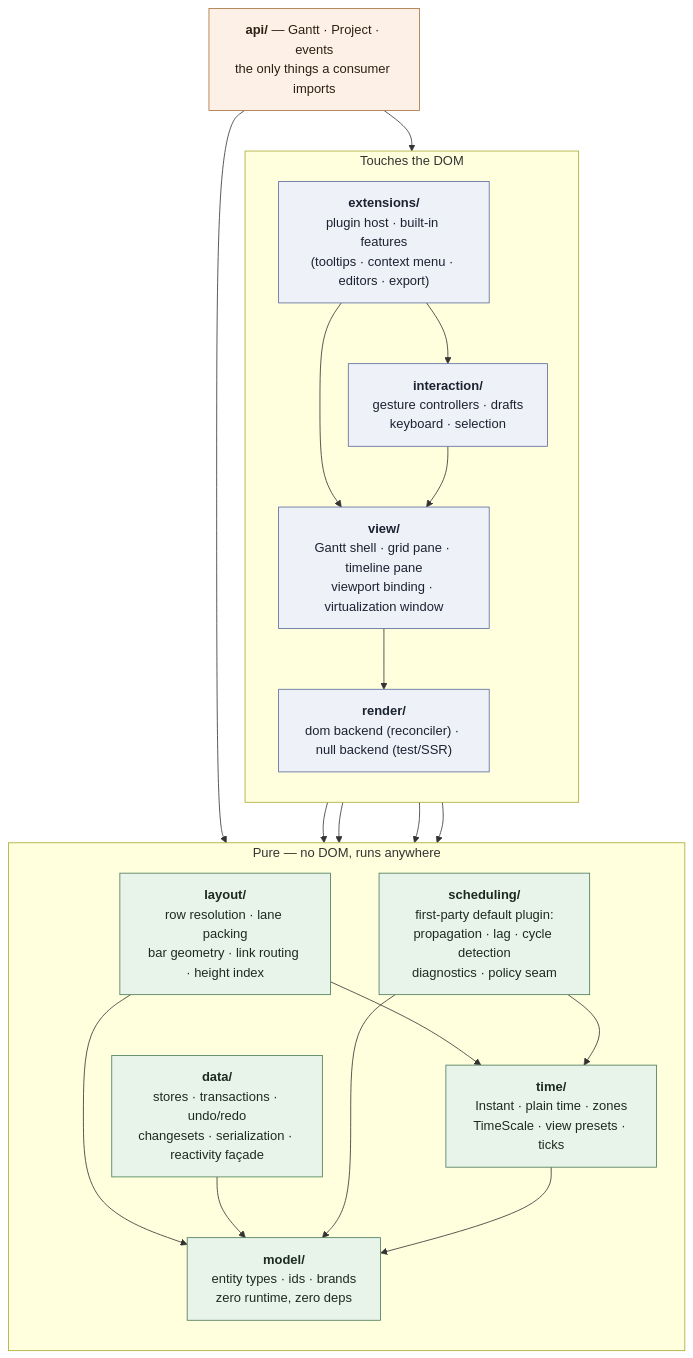
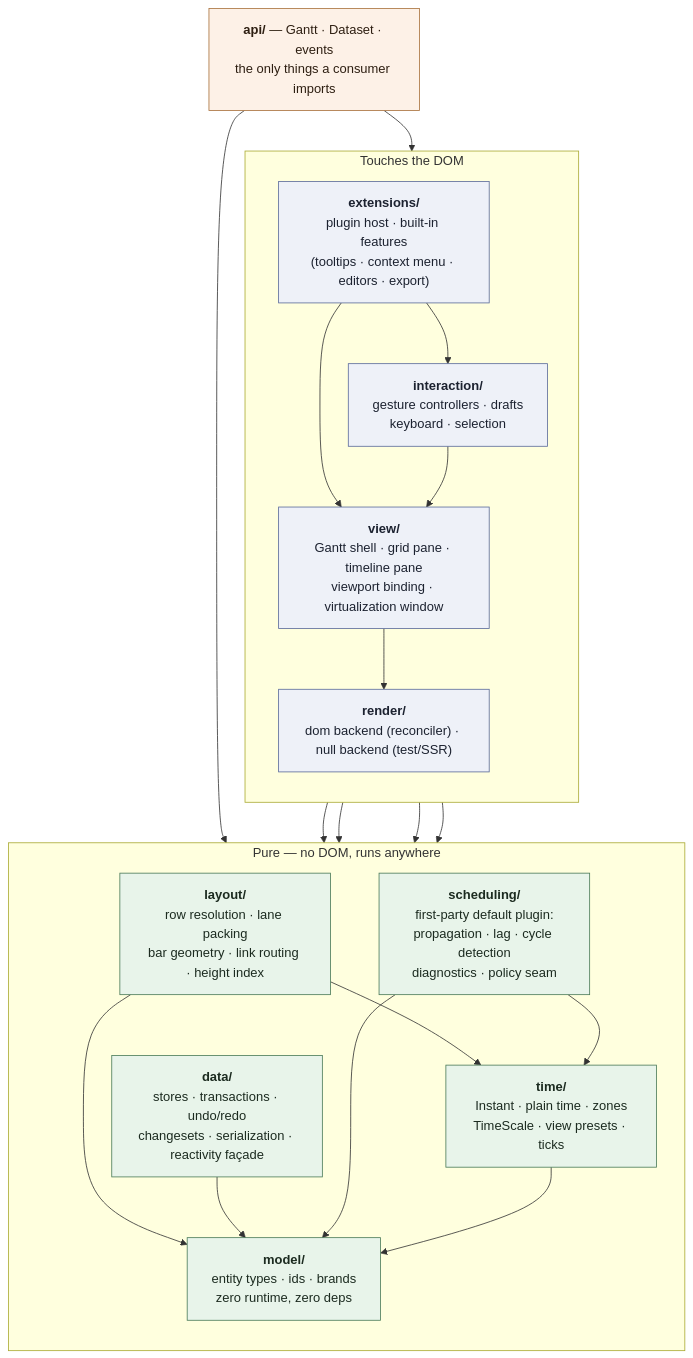
One commit to freegantt/freegantt changed the first of 6 diagrams in plans/01-domain-architecture.md. Above: the diagram before and after it, drawn with Mermaid. The commit also changed other lines of this file and 27 other files, not shown here.

````diff
--- a/plans/01-domain-architecture.md
+++ b/plans/01-domain-architecture.md
@@ -11,45 +11,45 @@
 ```mermaid
 flowchart TB
   subgraph domside["Touches the DOM"]
     direction TB
     EXT["<b>extensions/</b><br/>plugin host · built-in features<br/>(tooltips · context menu · editors · export)"]
     INT["<b>interaction/</b><br/>gesture controllers · drafts<br/>keyboard · selection"]
     VIEW["<b>view/</b><br/>Gantt shell · grid pane · timeline pane<br/>viewport binding · virtualization window"]
     REN["<b>render/</b><br/>dom backend (reconciler) · null backend (test/SSR)"]
   end
 
   subgraph pureside["Pure — no DOM, runs anywhere"]
     direction TB
     LAY["<b>layout/</b><br/>row resolution · lane packing<br/>bar geometry · link routing · height index"]
     SCH["<b>scheduling/</b><br/>first-party default plugin:<br/>propagation · lag · cycle detection<br/>diagnostics · policy seam"]
     DATA["<b>data/</b><br/>stores · transactions · undo/redo<br/>changesets · serialization · reactivity façade"]
     TIME["<b>time/</b><br/>Instant · plain time · zones<br/>TimeScale · view presets · ticks"]
     MODEL["<b>model/</b><br/>entity types · ids · brands<br/>zero runtime, zero deps"]
   end
 
-  API["<b>api/</b> — Gantt · Project · events<br/>the only things a consumer imports"]
+  API["<b>api/</b> — Gantt · Dataset · events<br/>the only things a consumer imports"]
 
   API --> VIEW
   API --> DATA
   EXT --> VIEW
   EXT --> INT
   INT --> VIEW
   INT --> DATA
   VIEW --> REN
   VIEW --> LAY
   VIEW --> DATA
   REN --> LAY
   LAY --> TIME
   LAY --> MODEL
   DATA --> MODEL
   SCH --> TIME
   SCH --> MODEL
   TIME --> MODEL
 
   classDef pure fill:#e8f4ea,stroke:#4a7a58,color:#1c2b20
   classDef dom fill:#eef1f8,stroke:#5a6a9a,color:#1c2230
   classDef apic fill:#fdf1e7,stroke:#a8703c,color:#2e1f12
   class MODEL,TIME,DATA,SCH,LAY pure
   class EXT,INT,VIEW,REN dom
   class API apic
 ```
````
